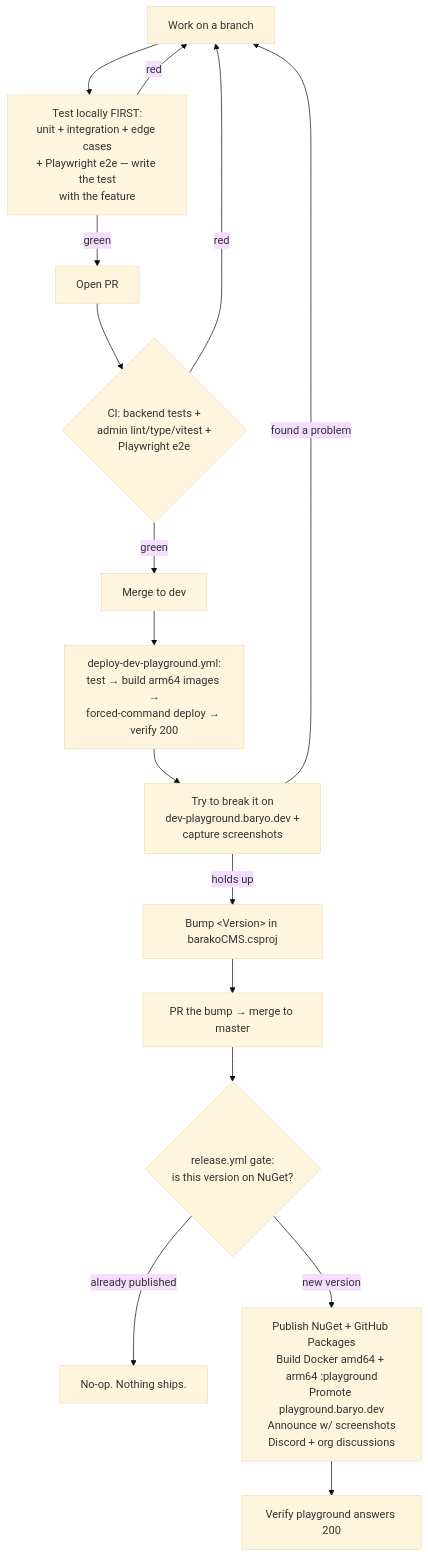
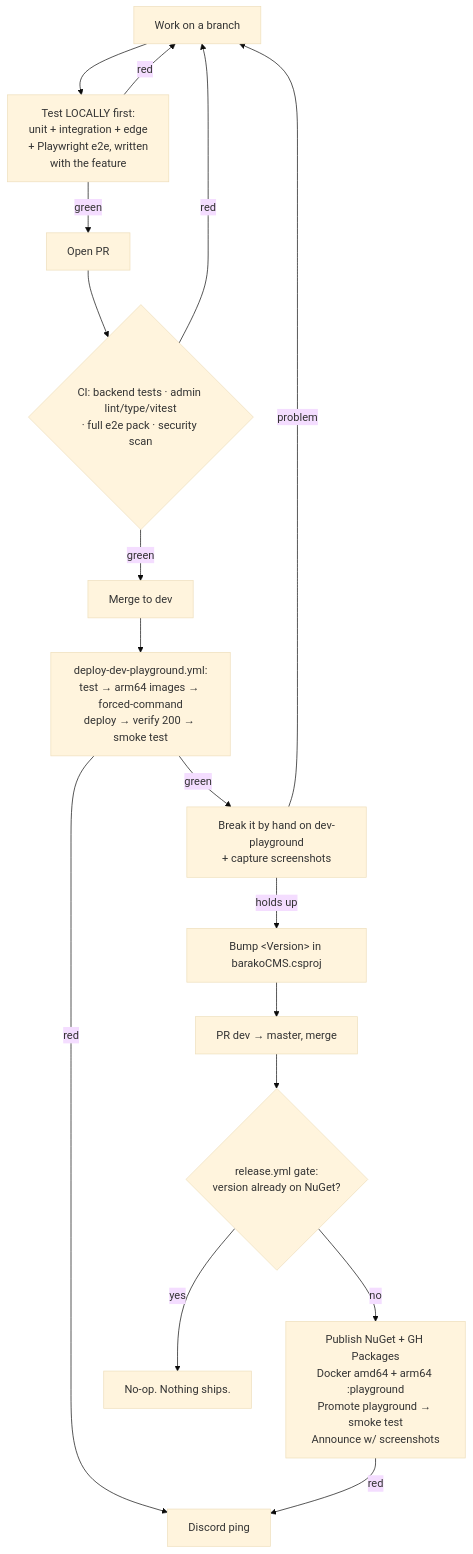
The diagram in AI_DEVELOPMENT_LIFECYCLE.md (BaryoDev/barakoCMS), drawn with Mermaid (base theme) before and after one commit. The commit also changed other lines of this file and 11 other files, not shown here.

````diff
--- a/AI_DEVELOPMENT_LIFECYCLE.md
+++ b/AI_DEVELOPMENT_LIFECYCLE.md
@@ -41,18 +42,19 @@
 ```mermaid
 flowchart TD
-    A[Work on a branch] --> Z[Test locally FIRST:<br/>unit + integration + edge cases<br/>+ Playwright e2e — write the test<br/>with the feature]
+    A[Work on a branch] --> Z[Test LOCALLY first:<br/>unit + integration + edge<br/>+ Playwright e2e, written<br/>with the feature]
     Z -- red --> A
     Z -- green --> B[Open PR]
-    B --> C{CI: backend tests +<br/>admin lint/type/vitest +<br/>Playwright e2e}
+    B --> C{CI: backend tests · admin lint/type/vitest<br/>· full e2e pack · security scan}
     C -- red --> A
     C -- green --> D[Merge to dev]
-    D --> E[deploy-dev-playground.yml:<br/>test → build arm64 images →<br/>forced-command deploy → verify 200]
-    E --> F[Try to break it on<br/>dev-playground.baryo.dev +<br/>capture screenshots]
-    F -- found a problem --> A
+    D --> E[deploy-dev-playground.yml:<br/>test → arm64 images → forced-command<br/>deploy → verify 200 → smoke test]
+    E -- red --> P[Discord ping]
+    E -- green --> F[Break it by hand on dev-playground<br/>+ capture screenshots]
+    F -- problem --> A
     F -- holds up --> G[Bump &lt;Version&gt; in barakoCMS.csproj]
-    G --> H[PR the bump → merge to master]
-    H --> I{release.yml gate:<br/>is this version on NuGet?}
-    I -- already published --> J[No-op. Nothing ships.]
-    I -- new version --> K[Publish NuGet + GitHub Packages<br/>Build Docker amd64 + arm64 :playground<br/>Promote playground.baryo.dev<br/>Announce w/ screenshots<br/>Discord + org discussions]
-    K --> L[Verify playground answers 200]
+    G --> H[PR dev → master, merge]
+    H --> I{release.yml gate:<br/>version already on NuGet?}
+    I -- yes --> J[No-op. Nothing ships.]
+    I -- no --> K[Publish NuGet + GH Packages<br/>Docker amd64 + arm64 :playground<br/>Promote playground → smoke test<br/>Announce w/ screenshots]
+    K -- red --> P
 ```
````
